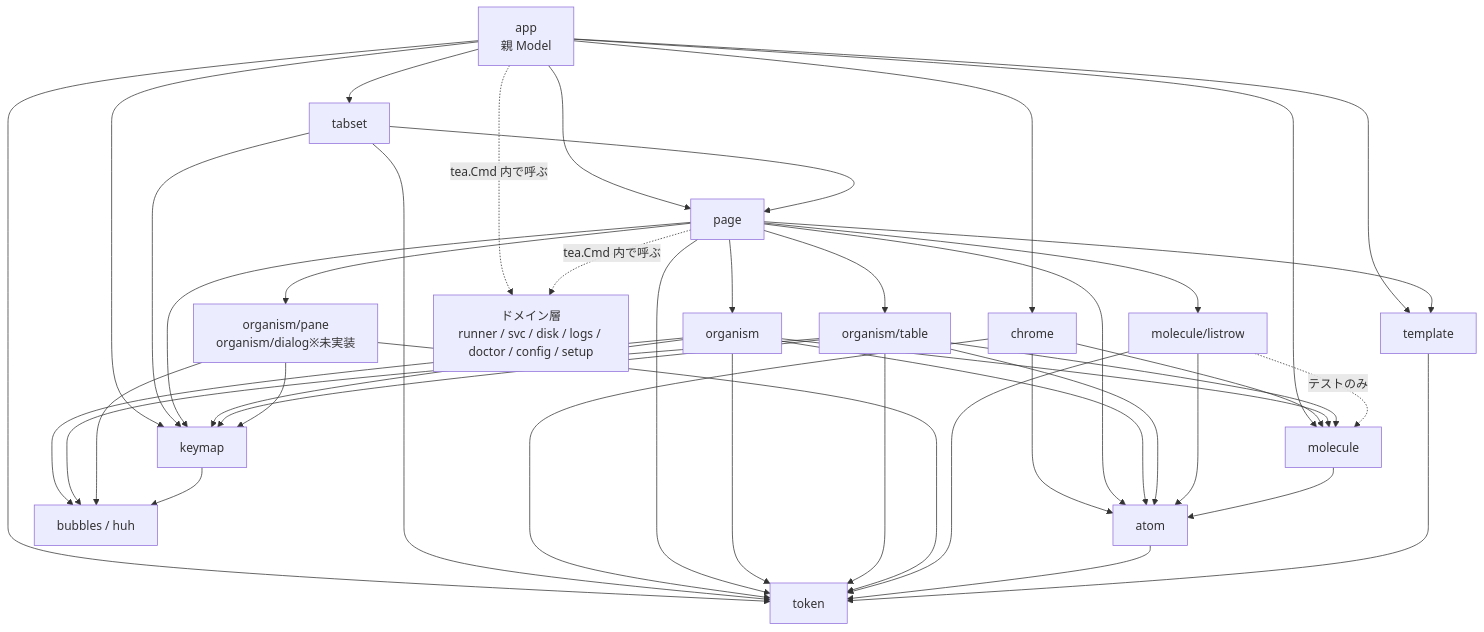
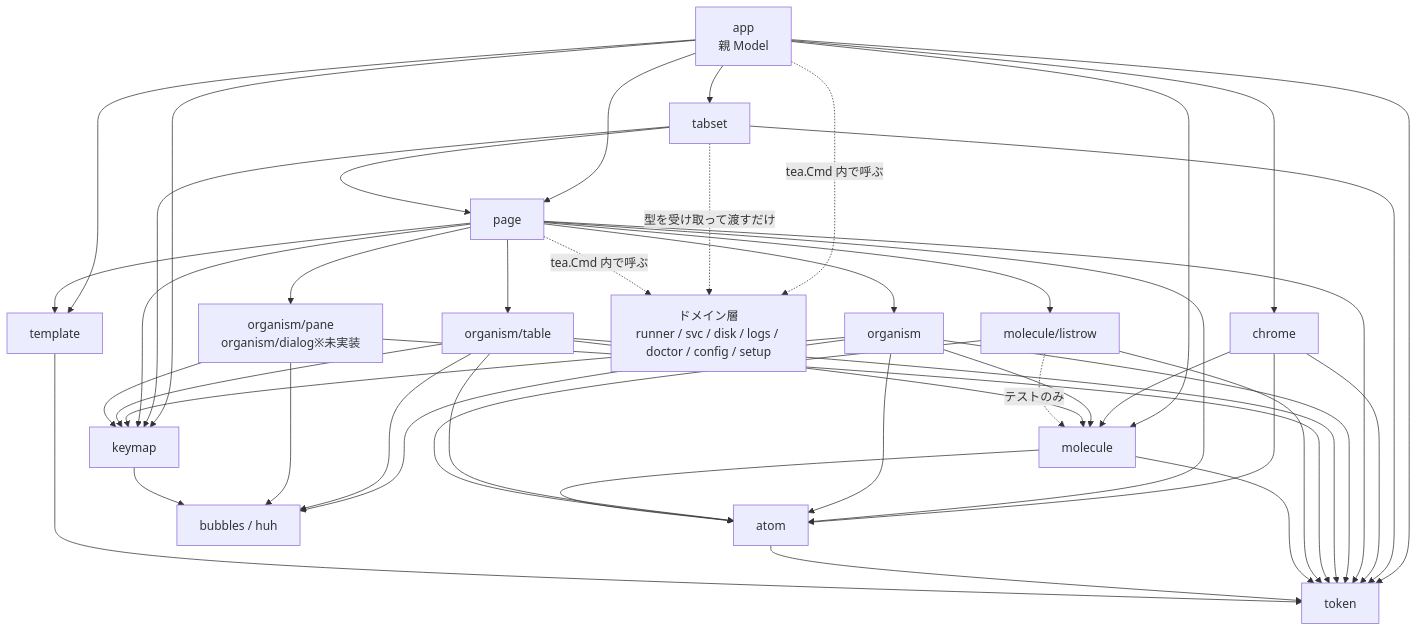
Before and after one commit to ousiassllc/gsr-helper: the second of 2 diagrams in docs/ui/atomic-design.md, drawn with Mermaid. The commit also changed other lines of this file, not shown here.

````diff
--- a/docs/ui/atomic-design.md
+++ b/docs/ui/atomic-design.md
@@ -91,63 +91,65 @@
 ```mermaid
 graph TD
     App[app<br/>親 Model]
     Tabs[tabset]
     Chrome[chrome]
     Page[page]
     Tmpl[template]
     Org[organism]
     OrgT[organism/table]
     OrgP[organism/pane<br/>organism/dialog※未実装]
     Mol[molecule]
     Row[molecule/listrow]
     Atom[atom]
     Tok[token]
     Key[keymap]
 
     Domain[ドメイン層<br/>runner / svc / disk / logs / doctor / config / setup]
     Bub[bubbles / huh]
 
     App --> Tabs
     App --> Chrome
     App --> Page
     App --> Tmpl
     App --> Key
     App --> Mol
     App --> Tok
     App -.->|tea.Cmd 内で呼ぶ| Domain
     Tabs --> Page
     Tabs --> Key
     Tabs --> Tok
+    Tabs -.->|型を受け取って渡すだけ| Domain
     Chrome --> Mol
     Chrome --> Atom
     Chrome --> Tok
     Page --> Tmpl
     Page --> Org
     Page --> OrgT
     Page --> OrgP
     Page --> Row
     Page --> Key
     Page --> Atom
     Page --> Tok
     Page -.->|tea.Cmd 内で呼ぶ| Domain
     Org --> Mol
     Org --> Atom
     Org --> Bub
     Org --> Key
     Org --> Tok
     OrgT --> Mol
     OrgT --> Atom
     OrgT --> Bub
     OrgT --> Key
     OrgT --> Tok
     OrgP --> Bub
     OrgP --> Key
     OrgP --> Tok
     Row --> Atom
     Row --> Tok
     Row -.->|テストのみ| Mol
     Mol --> Atom
+    Mol --> Tok
     Atom --> Tok
     Tmpl --> Tok
     Key --> Bub
 ```
````
